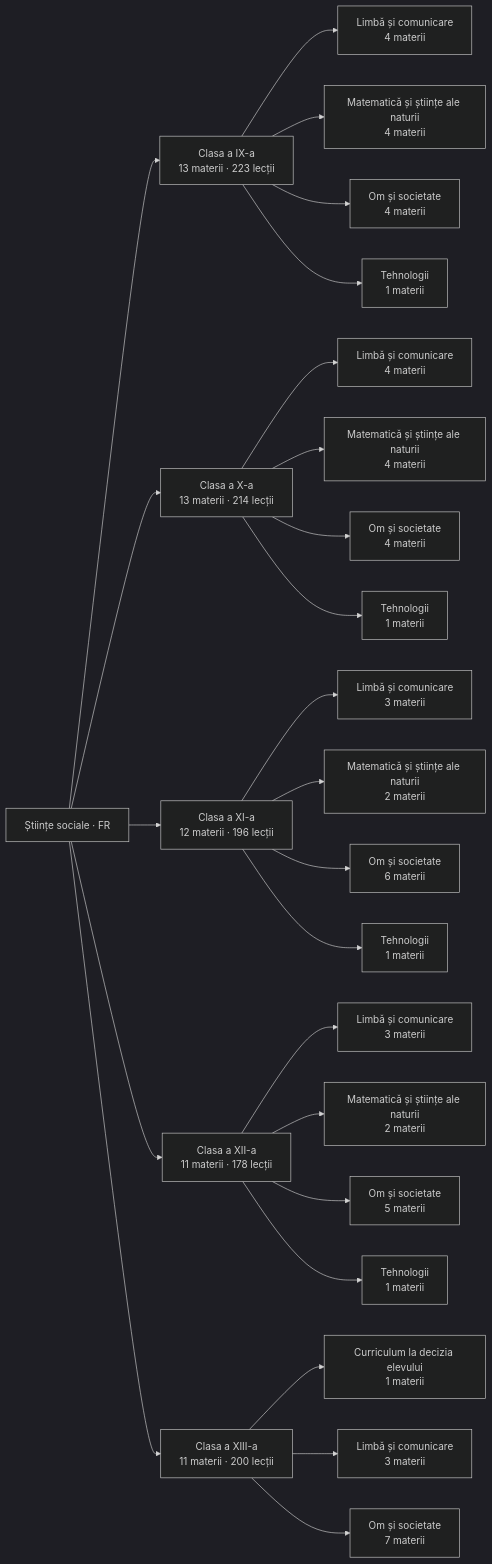
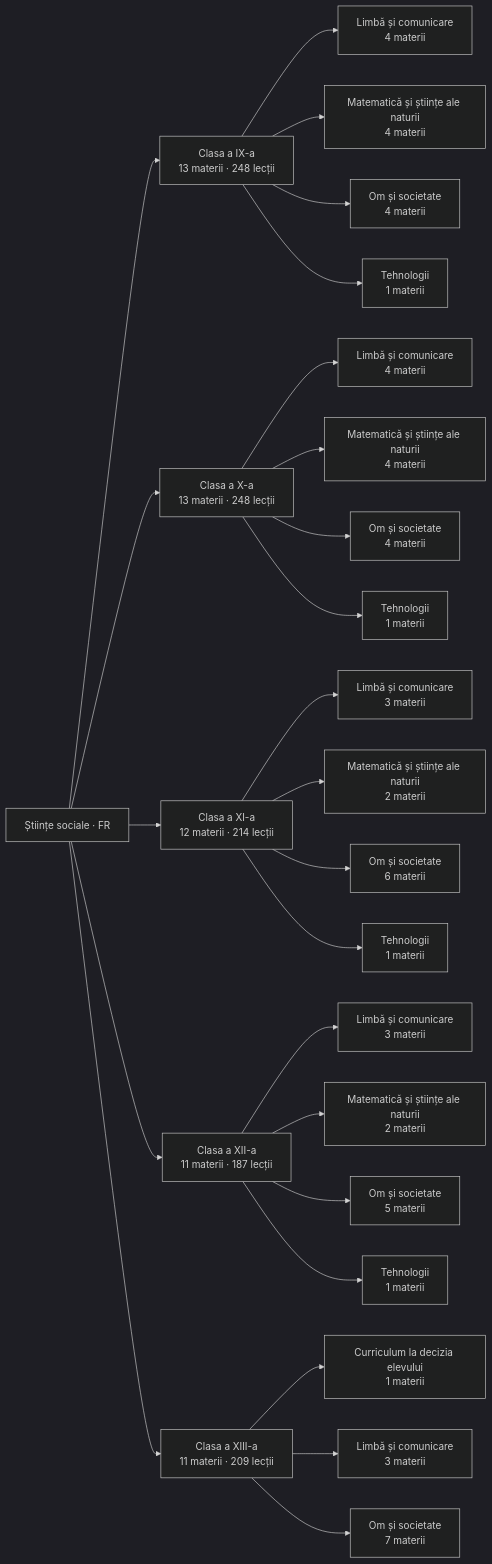
Before and after one commit to almeueste777-ops/Stiinte01: the diagram in vault/Hartă de învățare.md, drawn with Mermaid (dark theme). The commit also changed other lines of this file and 236 other files, not shown here.

Commit message:
Graphify: regenerez vault-ul Obsidian din date

````diff
--- a/vault/Hartă de învățare.md
+++ b/vault/Hartă de învățare.md
@@ -10,52 +10,52 @@
 ```mermaid
 graph LR
   P["Științe sociale · FR"]
-  C0["Clasa a IX-a<br/>13 materii · 223 lecții"]
+  C0["Clasa a IX-a<br/>13 materii · 248 lecții"]
   P --> C0
   A0_0["Limbă și comunicare<br/>4 materii"]
   C0 --> A0_0
   A0_1["Matematică și științe ale naturii<br/>4 materii"]
   C0 --> A0_1
   A0_2["Om și societate<br/>4 materii"]
   C0 --> A0_2
   A0_3["Tehnologii<br/>1 materii"]
   C0 --> A0_3
-  C1["Clasa a X-a<br/>13 materii · 214 lecții"]
+  C1["Clasa a X-a<br/>13 materii · 248 lecții"]
   P --> C1
   A1_0["Limbă și comunicare<br/>4 materii"]
   C1 --> A1_0
   A1_1["Matematică și științe ale naturii<br/>4 materii"]
   C1 --> A1_1
   A1_2["Om și societate<br/>4 materii"]
   C1 --> A1_2
   A1_3["Tehnologii<br/>1 materii"]
   C1 --> A1_3
-  C2["Clasa a XI-a<br/>12 materii · 196 lecții"]
+  C2["Clasa a XI-a<br/>12 materii · 214 lecții"]
   P --> C2
   A2_0["Limbă și comunicare<br/>3 materii"]
   C2 --> A2_0
   A2_1["Matematică și științe ale naturii<br/>2 materii"]
   C2 --> A2_1
   A2_2["Om și societate<br/>6 materii"]
   C2 --> A2_2
   A2_3["Tehnologii<br/>1 materii"]
   C2 --> A2_3
-  C3["Clasa a XII-a<br/>11 materii · 178 lecții"]
+  C3["Clasa a XII-a<br/>11 materii · 187 lecții"]
   P --> C3
   A3_0["Limbă și comunicare<br/>3 materii"]
   C3 --> A3_0
   A3_1["Matematică și științe ale naturii<br/>2 materii"]
   C3 --> A3_1
   A3_2["Om și societate<br/>5 materii"]
   C3 --> A3_2
   A3_3["Tehnologii<br/>1 materii"]
   C3 --> A3_3
-  C4["Clasa a XIII-a<br/>11 materii · 200 lecții"]
+  C4["Clasa a XIII-a<br/>11 materii · 209 lecții"]
   P --> C4
   A4_0["Curriculum la decizia elevului<br/>1 materii"]
   C4 --> A4_0
   A4_1["Limbă și comunicare<br/>3 materii"]
   C4 --> A4_1
   A4_2["Om și societate<br/>7 materii"]
   C4 --> A4_2
 ```
````
